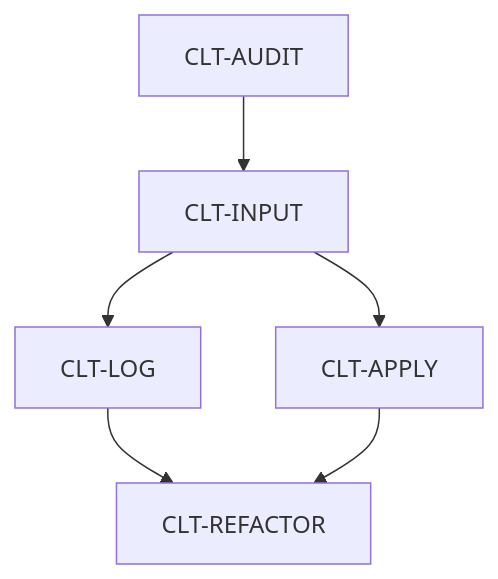
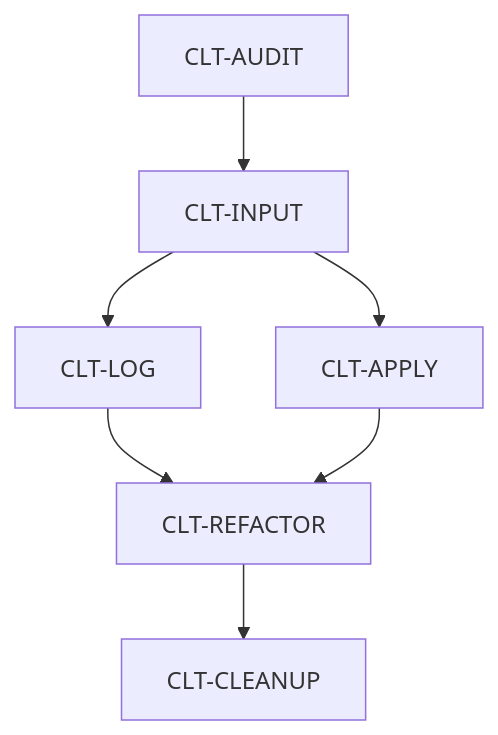
Before and after one commit to TokyoProbabilityGroup/SYK_CLT: the diagram in EDITING_PLAN.md, drawn with Mermaid. The commit also changed other lines of this file and 15 other files, not shown here.

````diff
--- a/EDITING_PLAN.md
+++ b/EDITING_PLAN.md
@@ -39,8 +40,9 @@
 ```mermaid
 flowchart TD
     audit["CLT-AUDIT"] --> input["CLT-INPUT"]
     input --> log["CLT-LOG"]
     input --> application["CLT-APPLY"]
     log --> refactor["CLT-REFACTOR"]
     application --> refactor
+    refactor --> cleanup["CLT-CLEANUP"]
 ```
````
